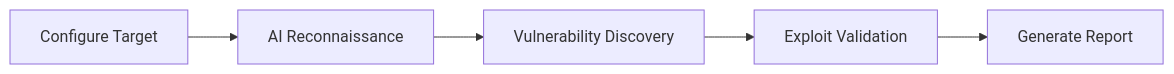
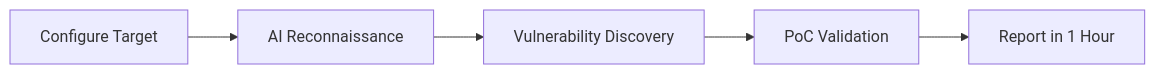
The diagram in docs/introduction.mdx (IntelligenceX-org/docs.aiptx.io), drawn with Mermaid before and after one commit. The commit also changed other lines of this file and 12 other files, not shown here.

````diff
--- a/docs/introduction.mdx
+++ b/docs/introduction.mdx
@@ -44,7 +67,7 @@
 ```mermaid
 graph LR
     A[Configure Target] --> B[AI Reconnaissance]
     B --> C[Vulnerability Discovery]
-    C --> D[Exploit Validation]
-    D --> E[Generate Report]
+    C --> D[PoC Validation]
+    D --> E[Report in 1 Hour]
 ```
````
